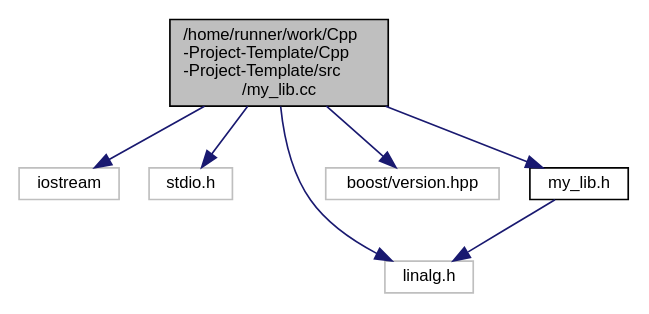
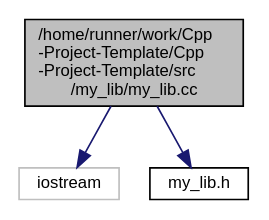
Before and after one commit to franneck94/CppProjectTemplate: the diagram in my__lib_8cc__incl.dot, drawn with Graphviz. The commit also changed 24 other files, not shown here.

```diff
--- a/my__lib_8cc__incl.dot
+++ b/my__lib_8cc__incl.dot
@@ -1,18 +1,11 @@
-digraph "/home/runner/work/Cpp-Project-Template/Cpp-Project-Template/src/my_lib.cc"
+digraph "/home/runner/work/Cpp-Project-Template/Cpp-Project-Template/src/my_lib/my_lib.cc"
 {
  // LATEX_PDF_SIZE
   edge [fontname="Helvetica",fontsize="10",labelfontname="Helvetica",labelfontsize="10"];
   node [fontname="Helvetica",fontsize="10",shape=record];
-  Node1 [label="/home/runner/work/Cpp\l-Project-Template/Cpp\l-Project-Template/src\l/my_lib.cc",height=0.2,width=0.4,color="black", fillcolor="grey75", style="filled", fontcolor="black",tooltip=" "];
+  Node1 [label="/home/runner/work/Cpp\l-Project-Template/Cpp\l-Project-Template/src\l/my_lib/my_lib.cc",height=0.2,width=0.4,color="black", fillcolor="grey75", style="filled", fontcolor="black",tooltip=" "];
   Node1 -> Node2 [color="midnightblue",fontsize="10",style="solid",fontname="Helvetica"];
   Node2 [label="iostream",height=0.2,width=0.4,color="grey75", fillcolor="white", style="filled",tooltip=" "];
   Node1 -> Node3 [color="midnightblue",fontsize="10",style="solid",fontname="Helvetica"];
-  Node3 [label="stdio.h",height=0.2,width=0.4,color="grey75", fillcolor="white", style="filled",tooltip=" "];
-  Node1 -> Node4 [color="midnightblue",fontsize="10",style="solid",fontname="Helvetica"];
-  Node4 [label="linalg.h",height=0.2,width=0.4,color="grey75", fillcolor="white", style="filled",tooltip=" "];
-  Node1 -> Node5 [color="midnightblue",fontsize="10",style="solid",fontname="Helvetica"];
-  Node5 [label="boost/version.hpp",height=0.2,width=0.4,color="grey75", fillcolor="white", style="filled",tooltip=" "];
-  Node1 -> Node6 [color="midnightblue",fontsize="10",style="solid",fontname="Helvetica"];
-  Node6 [label="my_lib.h",height=0.2,width=0.4,color="black", fillcolor="white", style="filled",URL="$my__lib_8h.html",tooltip=" "];
-  Node6 -> Node4 [color="midnightblue",fontsize="10",style="solid",fontname="Helvetica"];
+  Node3 [label="my_lib.h",height=0.2,width=0.4,color="black", fillcolor="white", style="filled",URL="$my__lib_8h.html",tooltip=" "];
 }
```
